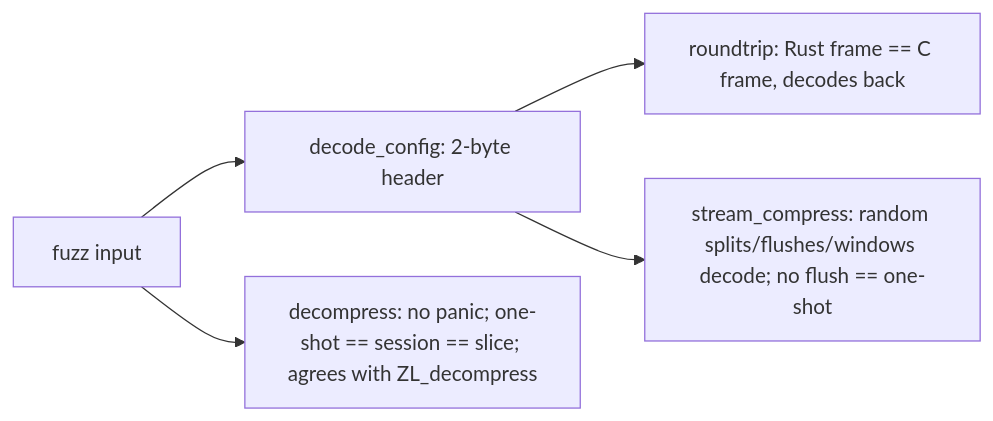
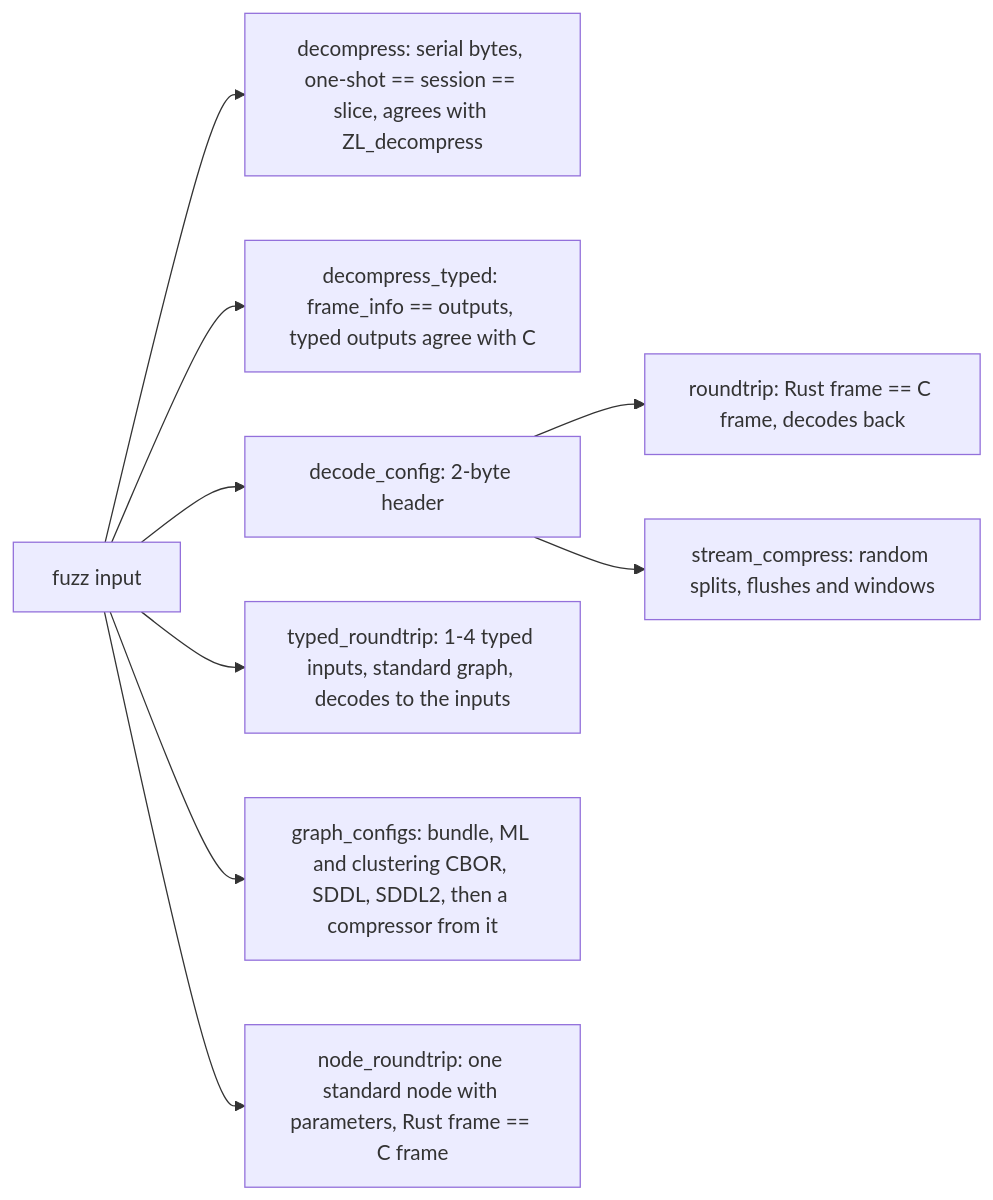
The first of 3 diagrams in architecture/fuzzing.md (M-Compressors/mopenzl), drawn with Mermaid before and after one commit. The commit also changed other lines of this file and 784 other files, not shown here.

Commit message:
Support graph with all codecs

````diff
--- a/architecture/fuzzing.md
+++ b/architecture/fuzzing.md
@@ -9,7 +10,11 @@
 ```mermaid
 flowchart LR
-    I[fuzz input] --> H[decode_config: 2-byte header]
+    I[fuzz input] --> DC[decompress: serial bytes, one-shot == session == slice, agrees with ZL_decompress]
+    I --> DT[decompress_typed: frame_info == outputs, typed outputs agree with C]
+    I --> H[decode_config: 2-byte header]
     H --> RT[roundtrip: Rust frame == C frame, decodes back]
-    H --> SC[stream_compress: random splits/flushes/windows decode; no flush == one-shot]
-    I --> DC[decompress: no panic; one-shot == session == slice; agrees with ZL_decompress]
+    H --> SC[stream_compress: random splits, flushes and windows]
+    I --> TR[typed_roundtrip: 1-4 typed inputs, standard graph, decodes to the inputs]
+    I --> GC[graph_configs: bundle, ML and clustering CBOR, SDDL, SDDL2, then a compressor from it]
+    I --> NR[node_roundtrip: one standard node with parameters, Rust frame == C frame]
 ```
````
